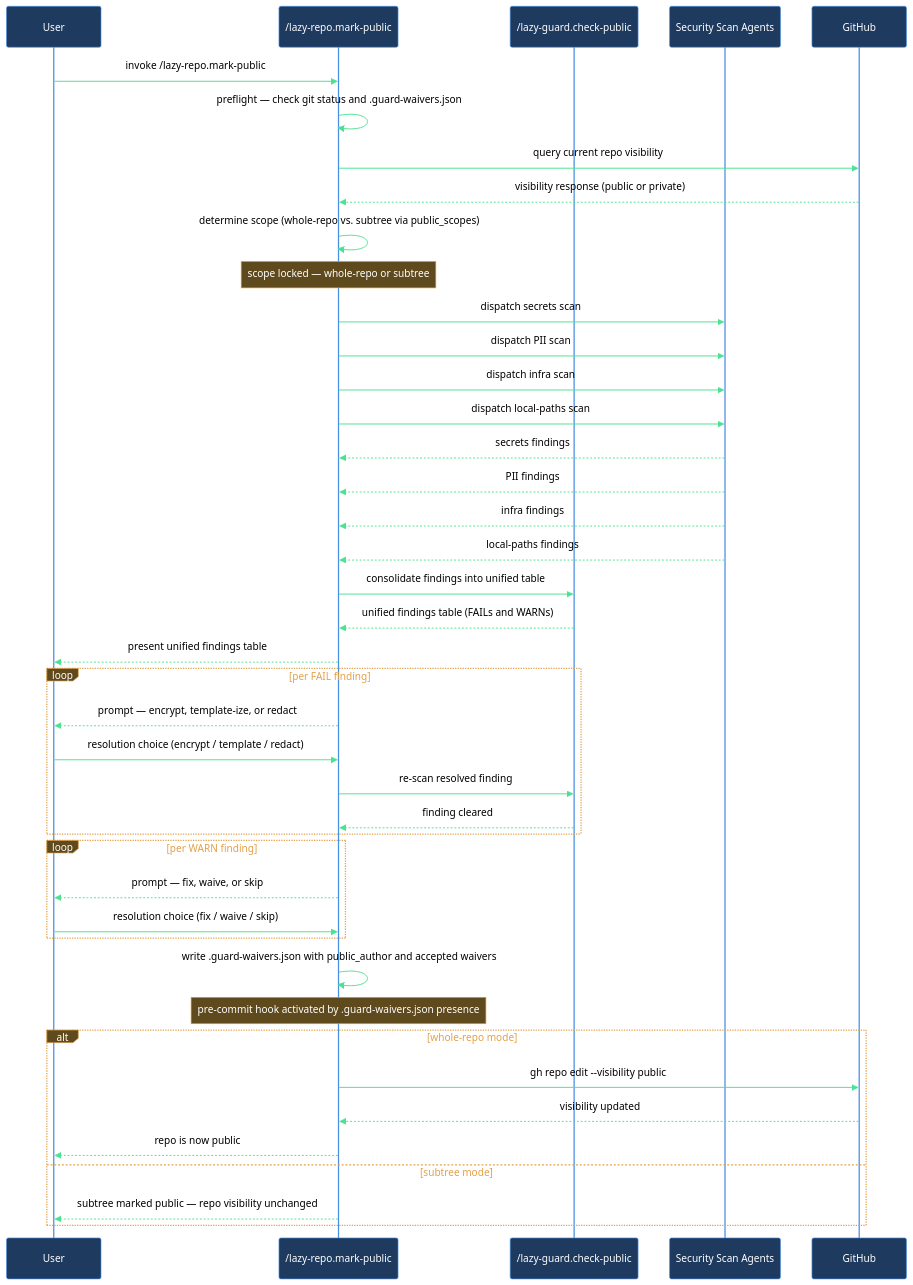
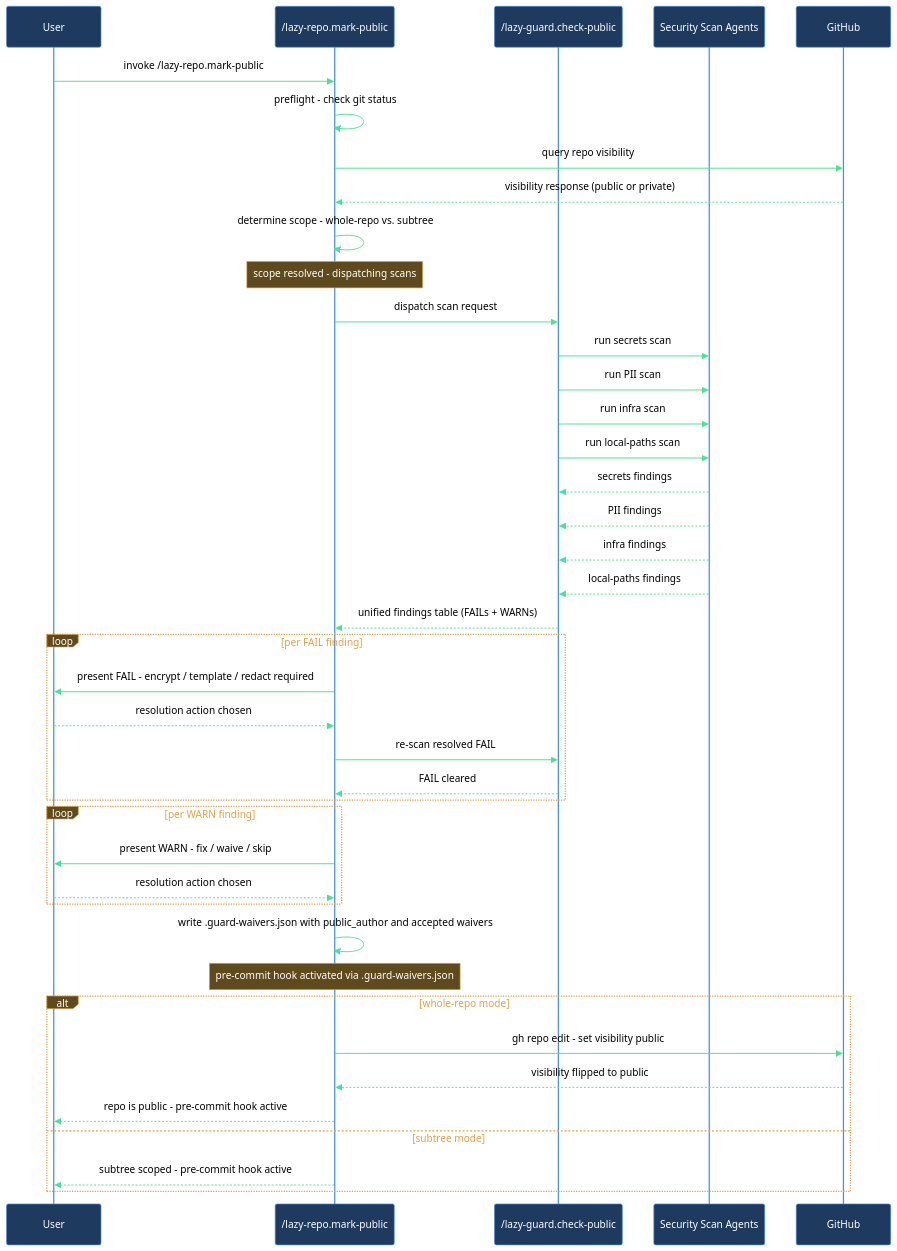
One commit to mebius-san/lazy-cortex changed the diagram in Claude/lazycortex-core/help/walkthroughs/make-repo-public.md. Above: the diagram before and after it, drawn with Mermaid. The commit also changed other lines of this file and 15 other files, not shown here.

````diff
--- a/Claude/lazycortex-core/help/walkthroughs/make-repo-public.md
+++ b/Claude/lazycortex-core/help/walkthroughs/make-repo-public.md
@@ -117,52 +117,50 @@
 ```mermaid
 %%{init: {'themeVariables':{'background':'transparent','primaryColor':'#1e3a5f','primaryBorderColor':'#4a90e2','primaryTextColor':'#fff','lineColor':'#4ae290','actorBkg':'#1e3a5f','actorBorder':'#4a90e2','actorTextColor':'#fff','actorLineColor':'#4a90e2','signalColor':'#4ae290','signalTextColor':'#000','noteBkgColor':'#5f4a1e','noteBorderColor':'#e2a14a','noteTextColor':'#fff','labelBoxBkgColor':'#5f4a1e','labelBoxBorderColor':'#e2a14a','labelTextColor':'#fff','loopTextColor':'#e2a14a'},'sequence':{'diagramPadding':5,'useMaxWidth':true}}}%%
 sequenceDiagram
   participant user as User
   participant markPublic as /lazy-repo.mark-public
   participant checkPublic as /lazy-guard.check-public
   participant scanAgents as Security Scan Agents
   participant github as GitHub
 
   user->>markPublic: invoke /lazy-repo.mark-public
-  markPublic->>markPublic: preflight — check git status and .guard-waivers.json
-  markPublic->>github: query current repo visibility
+  markPublic->>markPublic: preflight - check git status
+  markPublic->>github: query repo visibility
   github-->>markPublic: visibility response (public or private)
-  markPublic->>markPublic: determine scope (whole-repo vs. subtree via public_scopes)
-  Note over markPublic: scope locked — whole-repo or subtree
+  markPublic->>markPublic: determine scope - whole-repo vs. subtree
+  Note over markPublic: scope resolved - dispatching scans
 
-  markPublic->>scanAgents: dispatch secrets scan
-  markPublic->>scanAgents: dispatch PII scan
-  markPublic->>scanAgents: dispatch infra scan
-  markPublic->>scanAgents: dispatch local-paths scan
-  scanAgents-->>markPublic: secrets findings
-  scanAgents-->>markPublic: PII findings
-  scanAgents-->>markPublic: infra findings
-  scanAgents-->>markPublic: local-paths findings
-
-  markPublic->>checkPublic: consolidate findings into unified table
-  checkPublic-->>markPublic: unified findings table (FAILs and WARNs)
-  markPublic-->>user: present unified findings table
+  markPublic->>checkPublic: dispatch scan request
+  checkPublic->>scanAgents: run secrets scan
+  checkPublic->>scanAgents: run PII scan
+  checkPublic->>scanAgents: run infra scan
+  checkPublic->>scanAgents: run local-paths scan
+  scanAgents-->>checkPublic: secrets findings
+  scanAgents-->>checkPublic: PII findings
+  scanAgents-->>checkPublic: infra findings
+  scanAgents-->>checkPublic: local-paths findings
+  checkPublic-->>markPublic: unified findings table (FAILs + WARNs)
 
   loop per FAIL finding
-    markPublic-->>user: prompt — encrypt, template-ize, or redact
-    user->>markPublic: resolution choice (encrypt / template / redact)
-    markPublic->>checkPublic: re-scan resolved finding
-    checkPublic-->>markPublic: finding cleared
+    markPublic->>user: present FAIL - encrypt / template / redact required
+    user-->>markPublic: resolution action chosen
+    markPublic->>checkPublic: re-scan resolved FAIL
+    checkPublic-->>markPublic: FAIL cleared
   end
 
   loop per WARN finding
-    markPublic-->>user: prompt — fix, waive, or skip
-    user->>markPublic: resolution choice (fix / waive / skip)
+    markPublic->>user: present WARN - fix / waive / skip
+    user-->>markPublic: resolution action chosen
   end
 
   markPublic->>markPublic: write .guard-waivers.json with public_author and accepted waivers
-  Note over markPublic: pre-commit hook activated by .guard-waivers.json presence
+  Note over markPublic: pre-commit hook activated via .guard-waivers.json
 
   alt whole-repo mode
-    markPublic->>github: gh repo edit --visibility public
-    github-->>markPublic: visibility updated
-    markPublic-->>user: repo is now public
+    markPublic->>github: gh repo edit - set visibility public
+    github-->>markPublic: visibility flipped to public
+    markPublic-->>user: repo is public - pre-commit hook active
   else subtree mode
-    markPublic-->>user: subtree marked public — repo visibility unchanged
+    markPublic-->>user: subtree scoped - pre-commit hook active
   end
 ```
````
